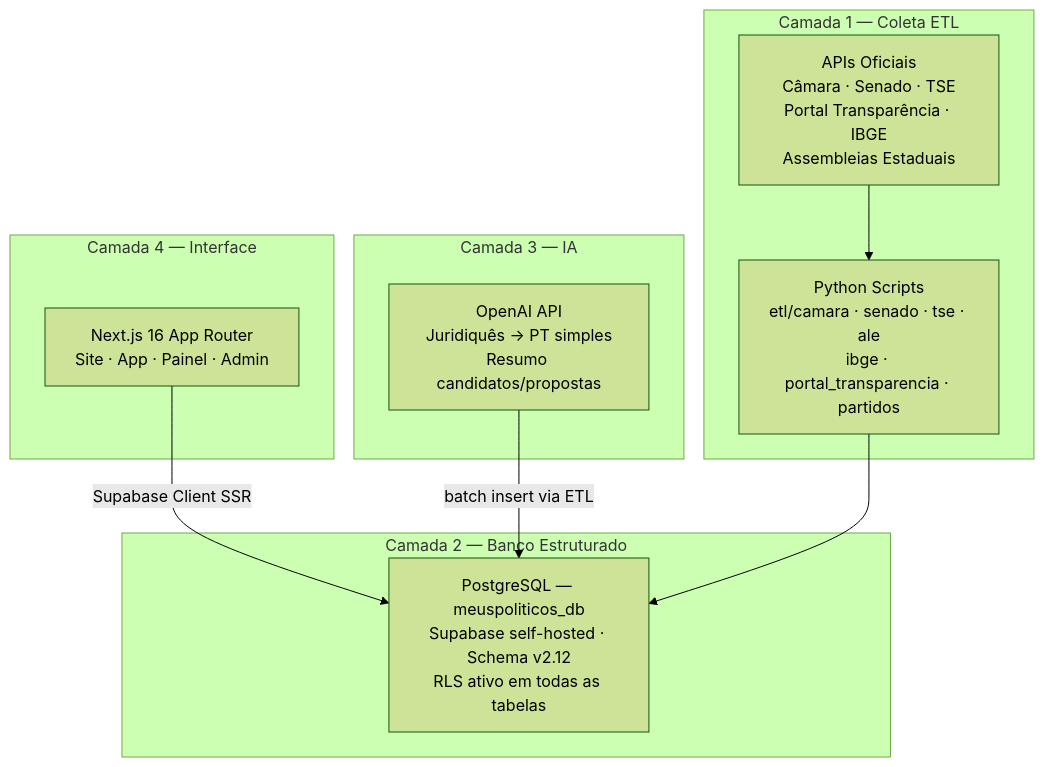
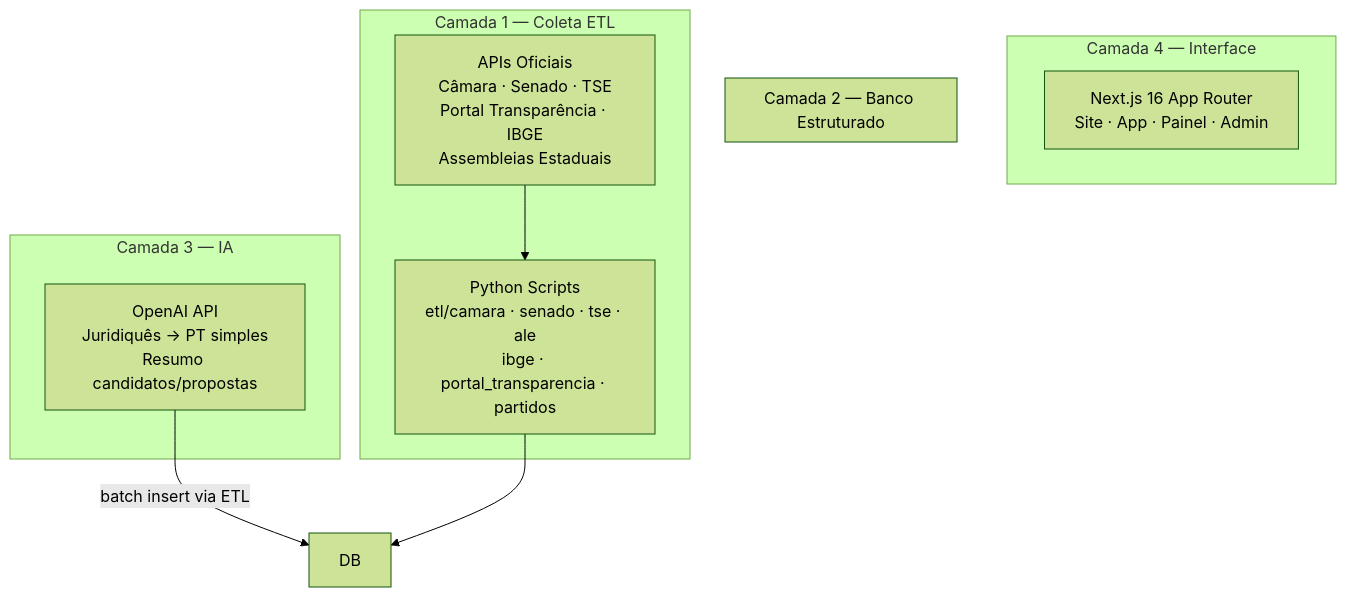
The second of 3 diagrams in docs/ARCHITECTURE.md (paulobolliger/meus-politicos), drawn with Mermaid (forest theme) before and after one commit. The commit also changed other lines of this file and 49 other files, not shown here.

````diff
--- a/docs/ARCHITECTURE.md
+++ b/docs/ARCHITECTURE.md
@@ -97,24 +90,22 @@
 ```mermaid
 graph TD
     subgraph "Camada 4 — Interface"
         UI["Next.js 16 App Router\nSite · App · Painel · Admin"]
     end
 
     subgraph "Camada 3 — IA"
         AI["OpenAI API\nJuridiquês → PT simples\nResumo candidatos/propostas"]
     end
 
     subgraph "Camada 2 — Banco Estruturado"
-        DB["PostgreSQL — meuspoliticos_db\nSupabase self-hosted · Schema v2.12\nRLS ativo em todas as tabelas"]
     end
 
     subgraph "Camada 1 — Coleta ETL"
         ETL["Python Scripts\netl/camara · senado · tse · ale\nibge · portal_transparencia · partidos"]
         APIS["APIs Oficiais\nCâmara · Senado · TSE\nPortal Transparência · IBGE\nAssembleias Estaduais"]
     end
 
-    UI -->|"Supabase Client SSR"| DB
     AI -->|"batch insert via ETL"| DB
     ETL --> DB
     APIS --> ETL
 ```
````
